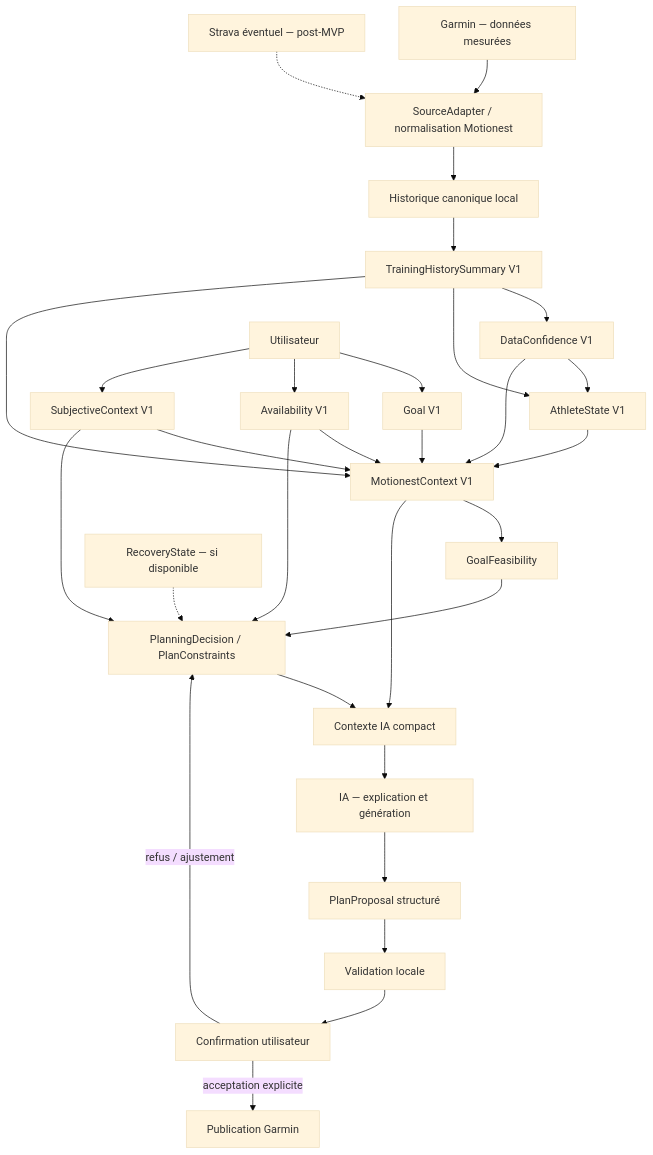
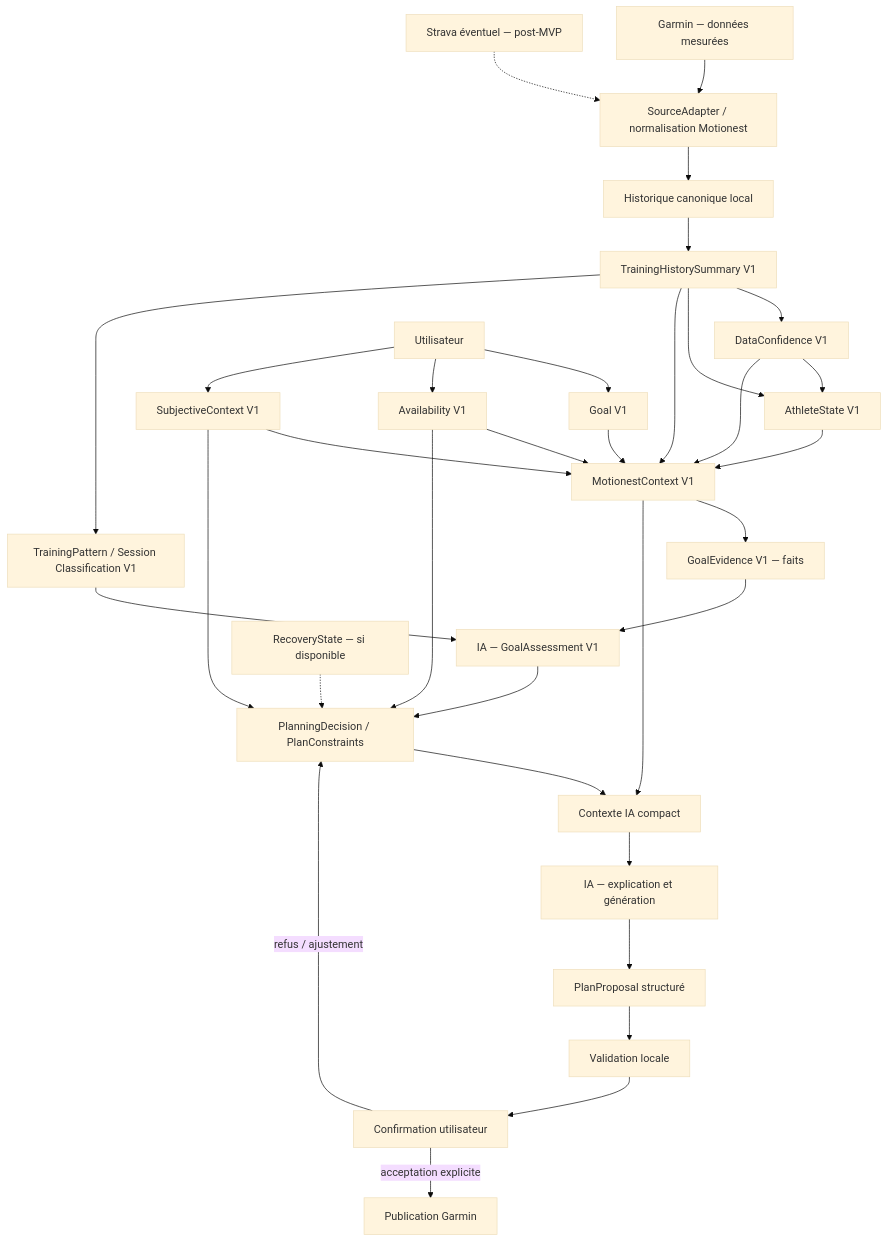
Before and after one commit to VictorRenkin/garmin-coach: the diagram in MOTIONEST_MASTER_ROADMAP.md, drawn with Mermaid (base theme). The commit also changed other lines of this file and 4 other files, not shown here.

Commit message:
feat: add factual GoalEvidence V1

````diff
--- a/MOTIONEST_MASTER_ROADMAP.md
+++ b/MOTIONEST_MASTER_ROADMAP.md
@@ -157,34 +163,37 @@
 ```mermaid
 flowchart TD
     G["Garmin — données mesurées"] --> SA["SourceAdapter / normalisation Motionest"]
     ST["Strava éventuel — post-MVP"] -.-> SA
     SA --> CH["Historique canonique local"]
     CH --> THS["TrainingHistorySummary V1"]
     THS --> DC["DataConfidence V1"]
     THS --> AS["AthleteState V1"]
     DC --> AS
 
     U["Utilisateur"] --> GOAL["Goal V1"]
     U --> AV["Availability V1"]
     U --> SC["SubjectiveContext V1"]
     AS --> MC["MotionestContext V1"]
     THS --> MC
     DC --> MC
     GOAL --> MC
     AV --> MC
     SC --> MC
 
-    MC --> GF["GoalFeasibility"]
-    GF --> PD["PlanningDecision / PlanConstraints"]
+    MC --> GE["GoalEvidence V1 — faits"]
+    THS --> TP["TrainingPattern / Session Classification V1"]
+    GE --> AIGA["IA — GoalAssessment V1"]
+    TP --> AIGA
+    AIGA --> PD["PlanningDecision / PlanConstraints"]
     AV --> PD
     SC --> PD
     RS["RecoveryState — si disponible"] -.-> PD
     PD --> AIC["Contexte IA compact"]
     MC --> AIC
     AIC --> AI["IA — explication et génération"]
     AI --> PP["PlanProposal structuré"]
     PP --> LV["Validation locale"]
     LV --> UC["Confirmation utilisateur"]
     UC -->|acceptation explicite| GP["Publication Garmin"]
     UC -->|refus / ajustement| PD
 ```
````
